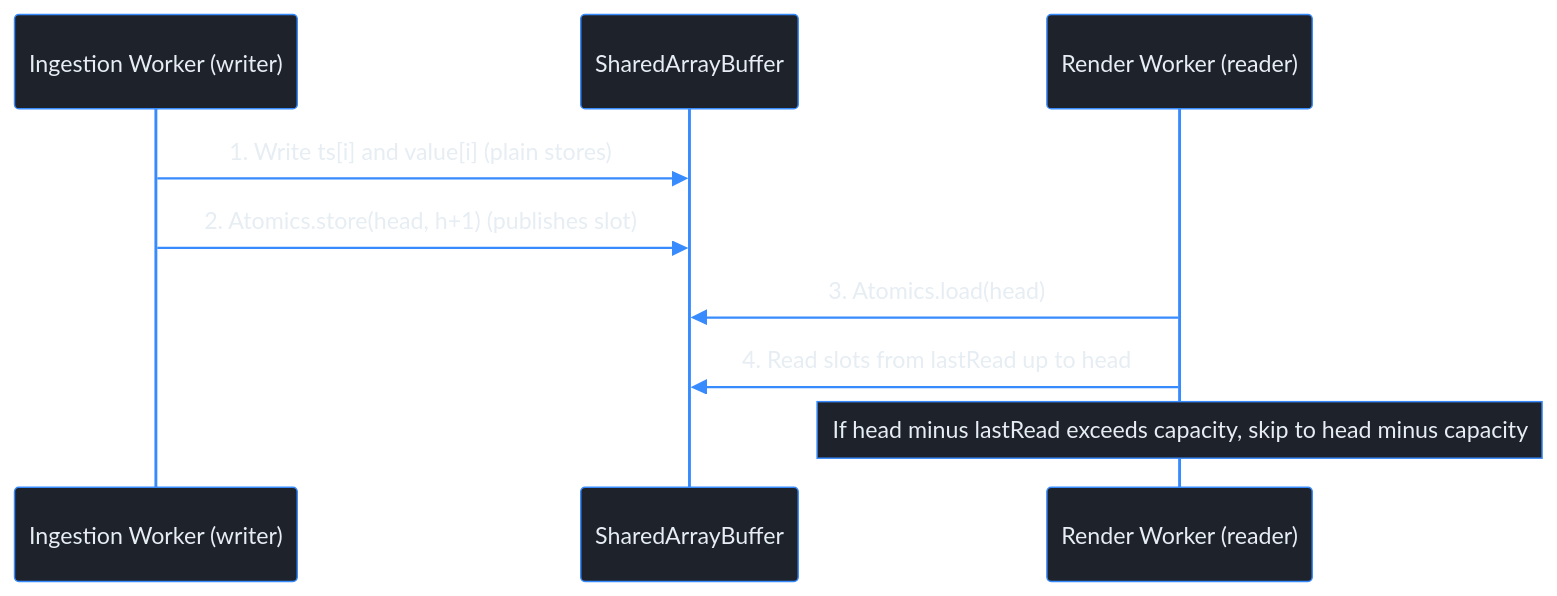
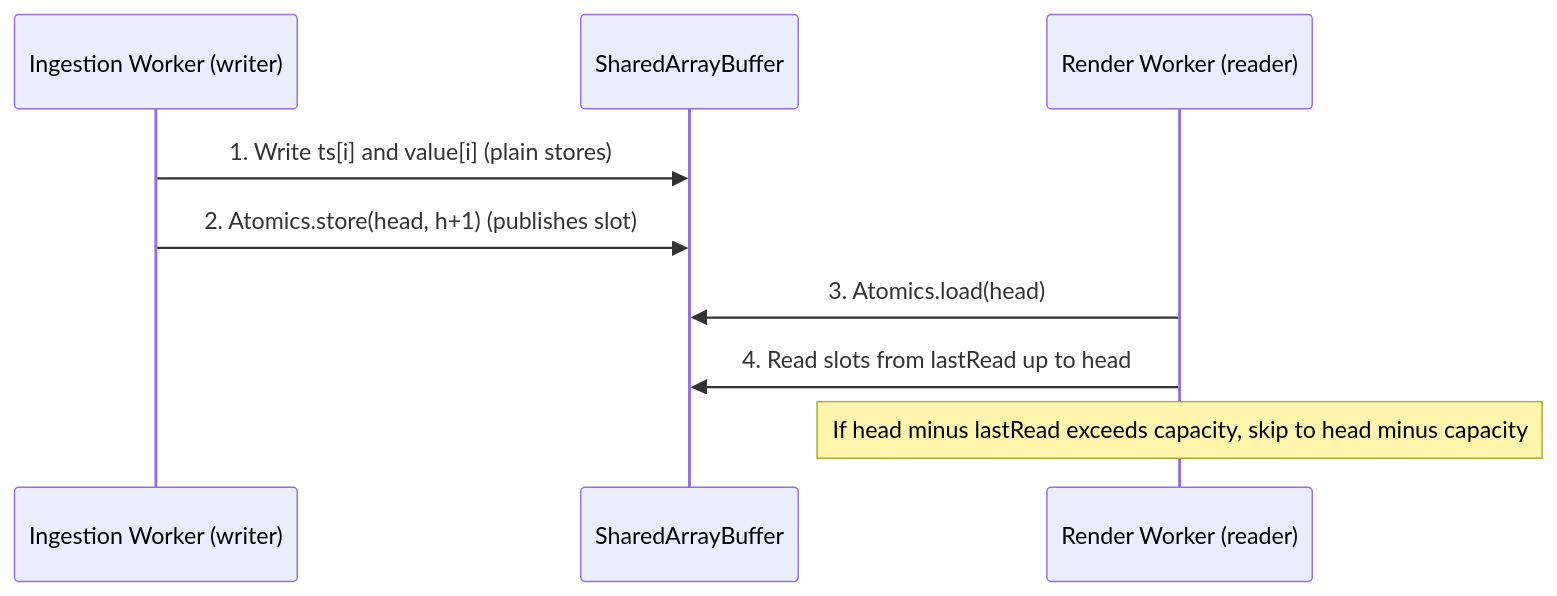
The diagram in docs/00-Domain-Mastery/lessons/15-Multithreaded-Web-Performance.md (Novav20/The-Meridian-Grid), drawn with Mermaid before and after one commit. The commit also changed 15 other files, not shown here.

Commit message:
Clean up Mermaid lesson diagrams

````diff
--- a/docs/00-Domain-Mastery/lessons/15-Multithreaded-Web-Performance.md
+++ b/docs/00-Domain-Mastery/lessons/15-Multithreaded-Web-Performance.md
@@ -106,41 +106,12 @@
 ```mermaid
-%%{init: {
-  'theme': 'base',
-  'themeVariables': {
-    'darkMode': true,
-    'primaryColor': '#1E222B',
-    'primaryTextColor': '#E6EDF3',
-    'primaryBorderColor': '#388BFD',
-    'lineColor': '#388BFD',
-    'secondaryColor': '#16191F',
-    'tertiaryColor': '#0D1117',
-    'actorBkg': '#1E222B',
-    'actorBorder': '#388BFD',
-    'actorTextColor': '#E6EDF3',
-    'actorLineColor': '#388BFD',
-    'signalColor': '#388BFD',
-    'signalTextColor': '#E6EDF3',
-    'labelBoxBkgColor': '#1E222B',
-    'labelBoxBorderColor': '#388BFD',
-    'labelTextColor': '#E6EDF3',
-    'loopTextColor': '#E6EDF3',
-    'noteBorderColor': '#388BFD',
-    'noteBkgColor': '#1E222B',
-    'noteTextColor': '#E6EDF3',
-    'activationBorderColor': '#388BFD',
-    'activationBkgColor': '#1E222B',
-    'sequenceNumberColor': '#FFFFFF'
-  },
-  'themeCSS': 'text.actor { fill: #E6EDF3 !important; } .messageText { fill: #E6EDF3 !important; } .noteText { fill: #E6EDF3 !important; } .loopText { fill: #E6EDF3 !important; } .loopText > tspan { fill: #E6EDF3 !important; }'
-}}%%
 sequenceDiagram
     participant IW as Ingestion Worker (writer)
     participant SAB as SharedArrayBuffer
     participant RW as Render Worker (reader)
 
     IW->>SAB: 1. Write ts[i] and value[i] (plain stores)
     IW->>SAB: 2. Atomics.store(head, h+1) (publishes slot)
     RW->>SAB: 3. Atomics.load(head)
     RW->>SAB: 4. Read slots from lastRead up to head
     Note over RW: If head minus lastRead exceeds capacity, skip to head minus capacity
 ```
````
